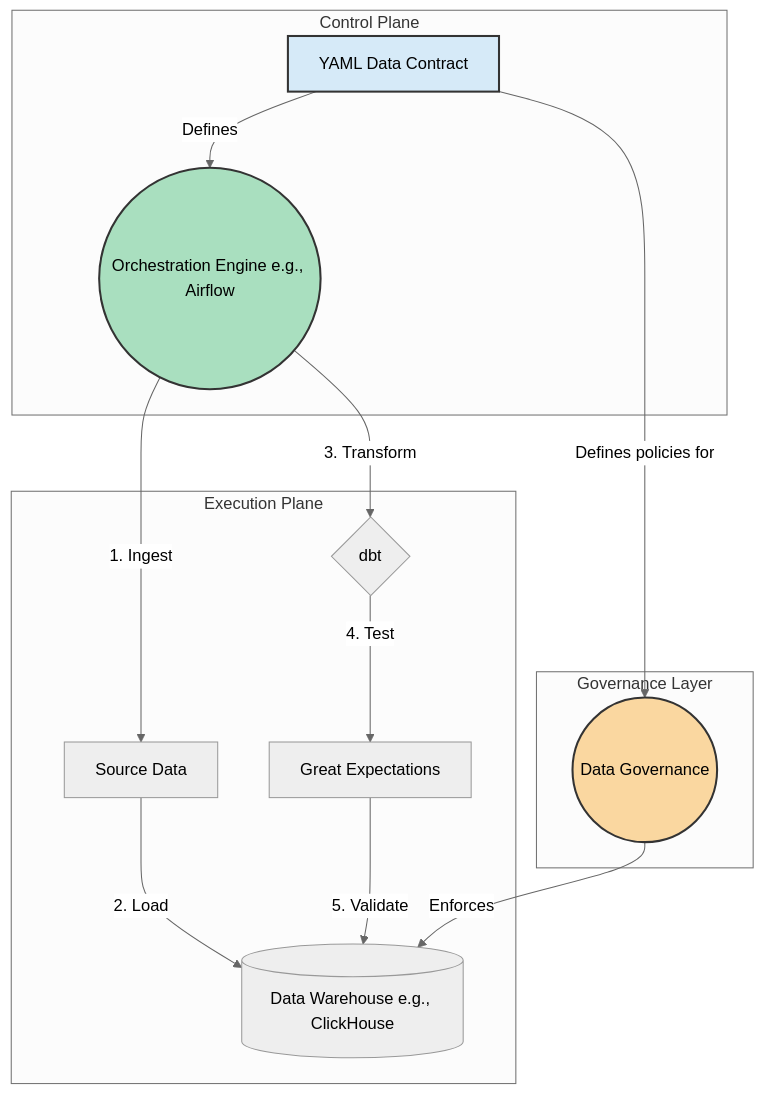
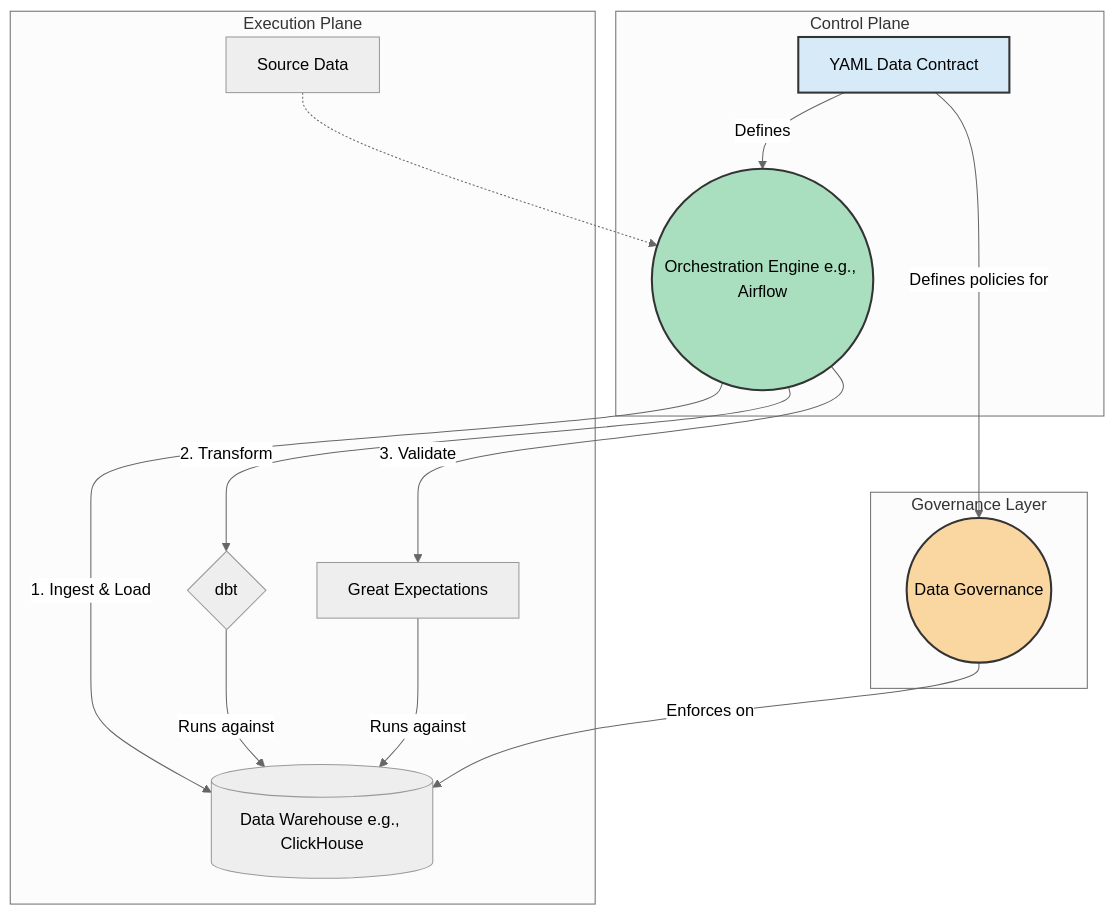
The diagram in README.md (aakhavan/yaml-driven-elt), drawn with Mermaid (neutral theme) before and after one commit.

Commit message:
adjust README

````diff
--- a/README.md
+++ b/README.md
@@ -11,23 +11,24 @@
 ```mermaid
 graph TD
     subgraph "Control Plane"
         A[YAML Data Contract] -- Defines --> B((Orchestration Engine e.g., Airflow));
     end
 
     subgraph "Execution Plane"
-        B -- "1. Ingest" --> C[Source Data];
-        C -- "2. Load" --> D[(Data Warehouse e.g., ClickHouse)];
-        B -- "3. Transform" --> E{dbt};
-        E -- "4. Test" --> F[Great Expectations];
-        F -- "5. Validate" --> D;
+        B -- "1. Ingest & Load" --> D[(Data Warehouse e.g., ClickHouse)];
+        C[Source Data] -.-> B;
+        B -- "2. Transform" --> E{dbt};
+        E -- "Runs against" --> D;
+        B -- "3. Validate" --> F[Great Expectations];
+        F -- "Runs against" --> D;
     end
 
     subgraph "Governance Layer"
         A -- "Defines policies for" --> G((Data Governance));
-        G -- "Enforces" --> D;
+        G -- "Enforces on" --> D;
     end
 
     style A fill:#D6EAF8,stroke:#333,stroke-width:2px
     style B fill:#A9DFBF,stroke:#333,stroke-width:2px
     style G fill:#FAD7A0,stroke:#333,stroke-width:2px
 ```
````
